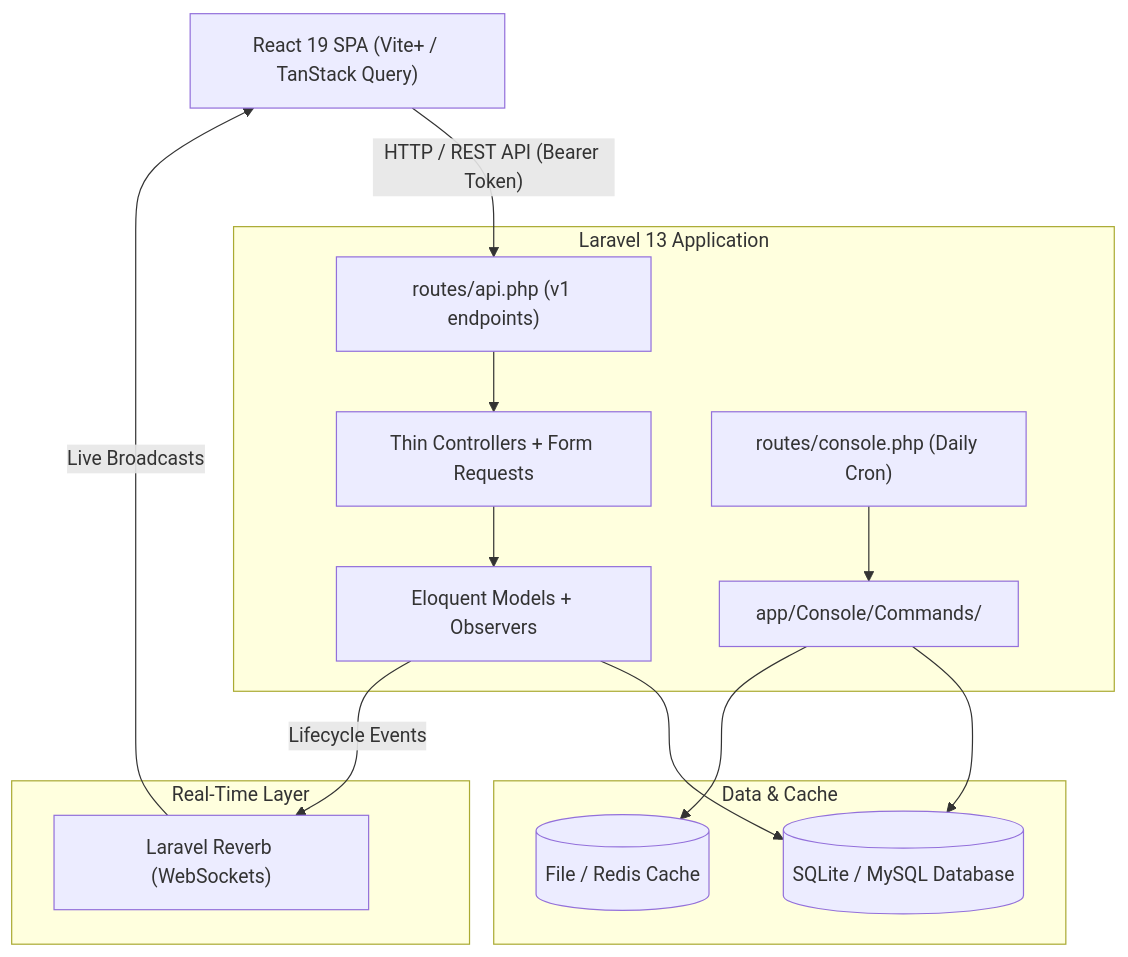
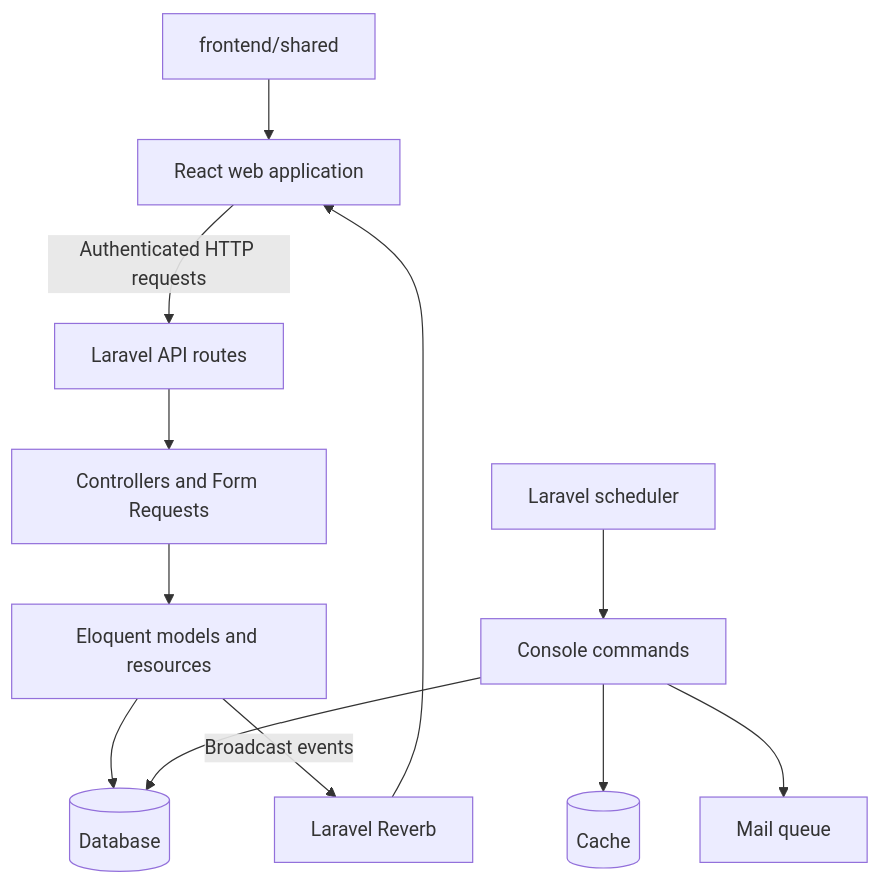
The diagram in docs/architecture/system-overview.md (zamuwelle/broadtrack), drawn with Mermaid before and after one commit. The commit also changed other lines of this file and 7 other files, not shown here.

````diff
--- a/docs/architecture/system-overview.md
+++ b/docs/architecture/system-overview.md
@@ -9,31 +5,14 @@
 ```mermaid
 flowchart TD
-    Client["React 19 SPA (Vite+ / TanStack Query)"]
-
-    subgraph Backend ["Laravel 13 Application"]
-        Router["routes/api.php (v1 endpoints)"]
-        Controllers["Thin Controllers + Form Requests"]
-        Models["Eloquent Models + Observers"]
-        Scheduler["routes/console.php (Daily Cron)"]
-        Commands["app/Console/Commands/"]
-    end
-
-    subgraph RealTime ["Real-Time Layer"]
-        Reverb["Laravel Reverb (WebSockets)"]
-    end
-
-    subgraph Storage ["Data & Cache"]
-        DB[(SQLite / MySQL Database)]
-        CacheStore[(File / Redis Cache)]
-    end
-
-    Client -->|"HTTP / REST API (Bearer Token)"| Router
-    Router --> Controllers
-    Controllers --> Models
-    Models --> DB
-    Models -->|"Lifecycle Events"| Reverb
-    Reverb -->|"Live Broadcasts"| Client
-    Scheduler --> Commands
+    Web["React web application"] -->|"Authenticated HTTP requests"| Routes["Laravel API routes"]
+    Routes --> Requests["Controllers and Form Requests"]
+    Requests --> Models["Eloquent models and resources"]
+    Models --> DB[(Database)]
+    Models -->|"Broadcast events"| Reverb["Laravel Reverb"]
+    Reverb --> Web
+    Scheduler["Laravel scheduler"] --> Commands["Console commands"]
     Commands --> DB
-    Commands --> CacheStore
+    Commands --> Cache[(Cache)]
+    Commands --> Queue["Mail queue"]
+    Shared["frontend/shared"] --> Web
 ```
````
